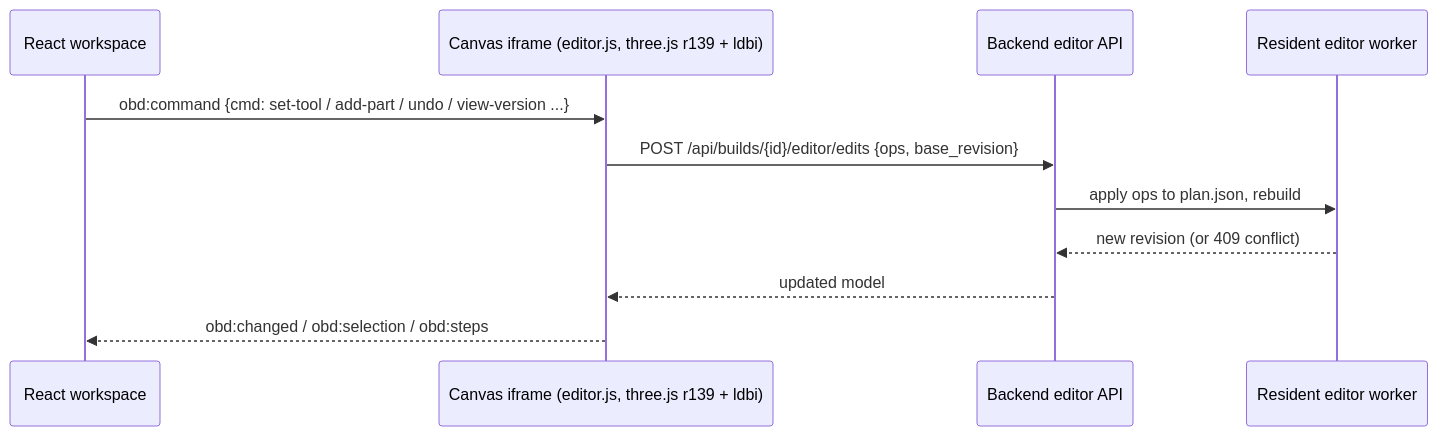
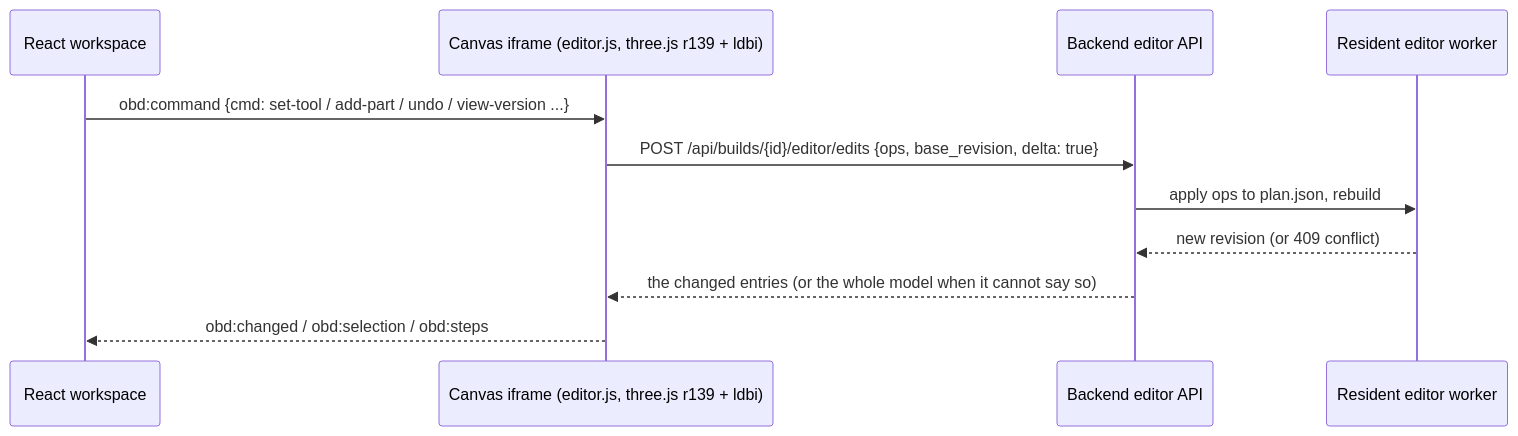
One commit to AlessioNar/ldraw-nova changed the second of 2 diagrams in docs/system/workspace-and-editor.md. Above: the diagram before and after it, drawn with Mermaid. The commit also changed other lines of this file and 9 other files, not shown here.

````diff
--- a/docs/system/workspace-and-editor.md
+++ b/docs/system/workspace-and-editor.md
@@ -74,13 +74,13 @@
 ```mermaid
 sequenceDiagram
   participant R as React workspace
   participant C as Canvas iframe (editor.js, three.js r139 + ldbi)
   participant API as Backend editor API
   participant EW as Resident editor worker
   R->>C: obd:command {cmd: set-tool / add-part / undo / view-version ...}
-  C->>API: POST /api/builds/{id}/editor/edits {ops, base_revision}
+  C->>API: POST /api/builds/{id}/editor/edits {ops, base_revision, delta: true}
   API->>EW: apply ops to plan.json, rebuild
   EW-->>API: new revision (or 409 conflict)
-  API-->>C: updated model
+  API-->>C: the changed entries (or the whole model when it cannot say so)
   C-->>R: obd:changed / obd:selection / obd:steps
 ```
````
